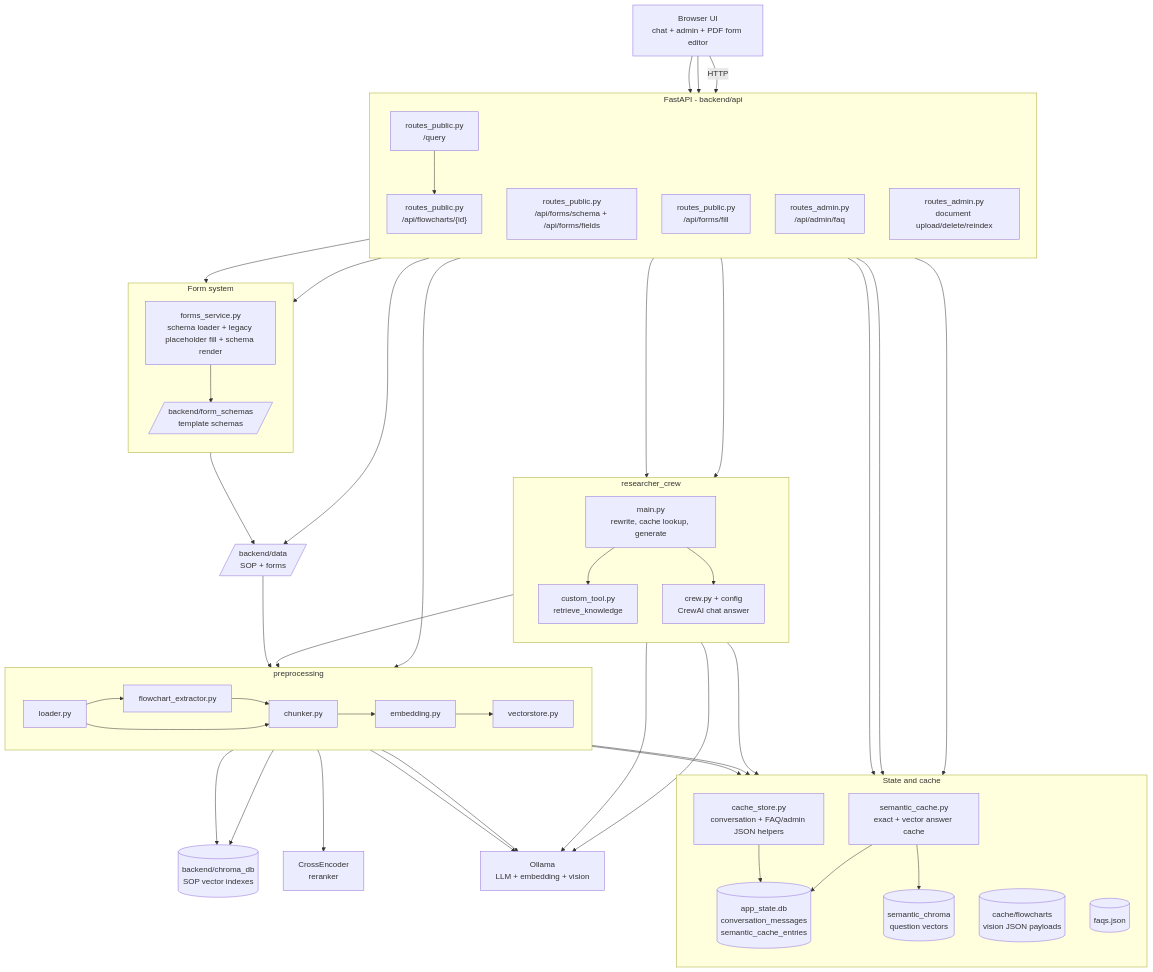
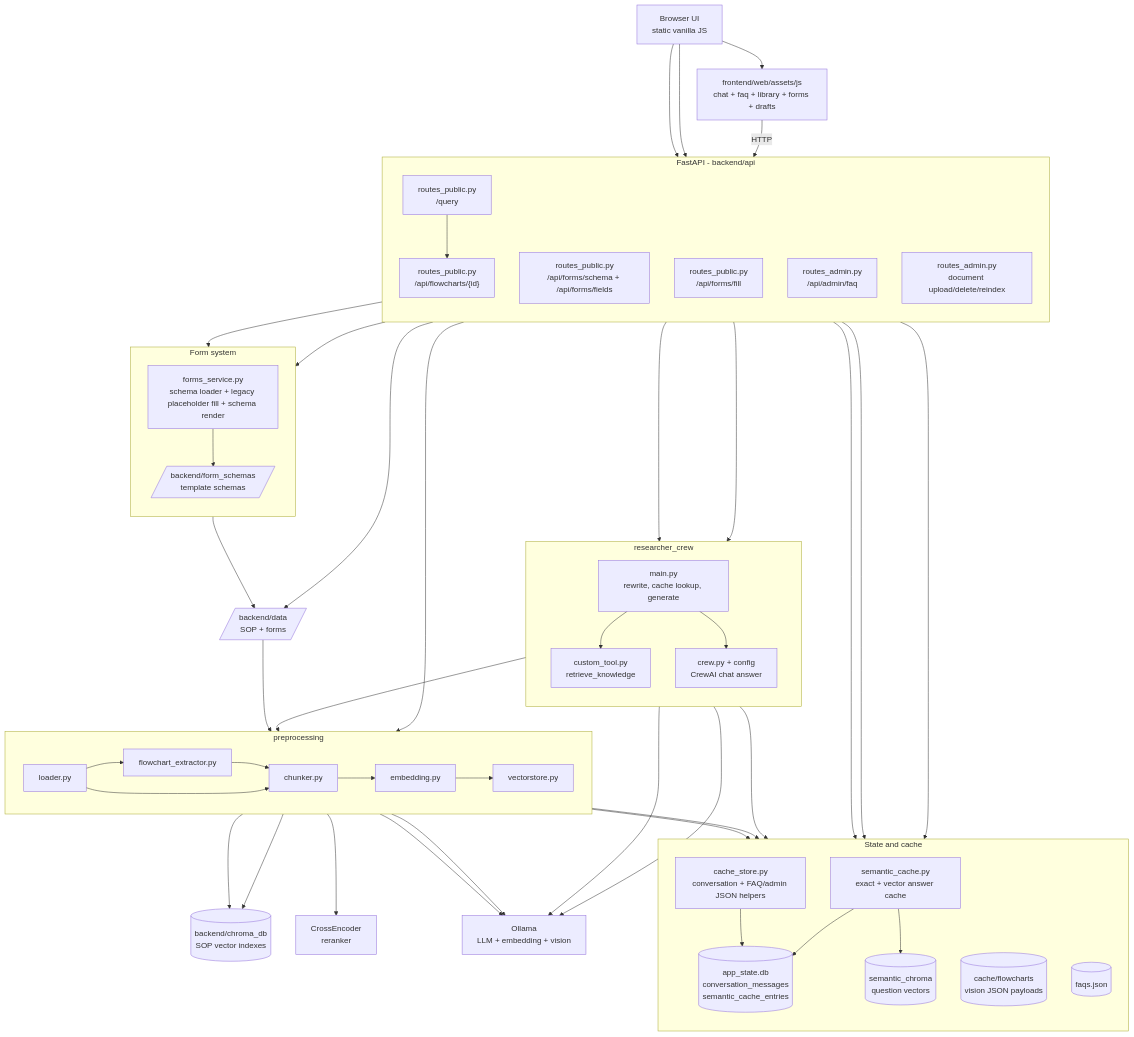
Before and after one commit to Akram17t/Internship: the diagram in Capstone/docs/TOPOLOGY.md, drawn with Mermaid. The commit also changed other lines of this file and 6 other files, not shown here.

````diff
--- a/Capstone/docs/TOPOLOGY.md
+++ b/Capstone/docs/TOPOLOGY.md
@@ -6,6 +6,7 @@
 ```mermaid
 flowchart TB
-    Browser["Browser UI<br/>chat + admin + PDF form editor"]
+    Browser["Browser UI<br/>static vanilla JS"]
+    FrontendModules["frontend/web/assets/js<br/>chat + faq + library + forms + drafts"]
     Ollama["Ollama<br/>LLM + embedding + vision"]
     Reranker["CrossEncoder<br/>reranker"]
 
@@ -52,7 +53,8 @@
     Data[/"backend/data<br/>SOP + forms"/]
     Chroma[("backend/chroma_db<br/>SOP vector indexes")]
 
-    Browser -->|HTTP| API
+    Browser --> FrontendModules
+    FrontendModules -->|HTTP| API
     Chat --> CacheStore
     CacheStore --> CacheDB
     Chat --> Main
````
